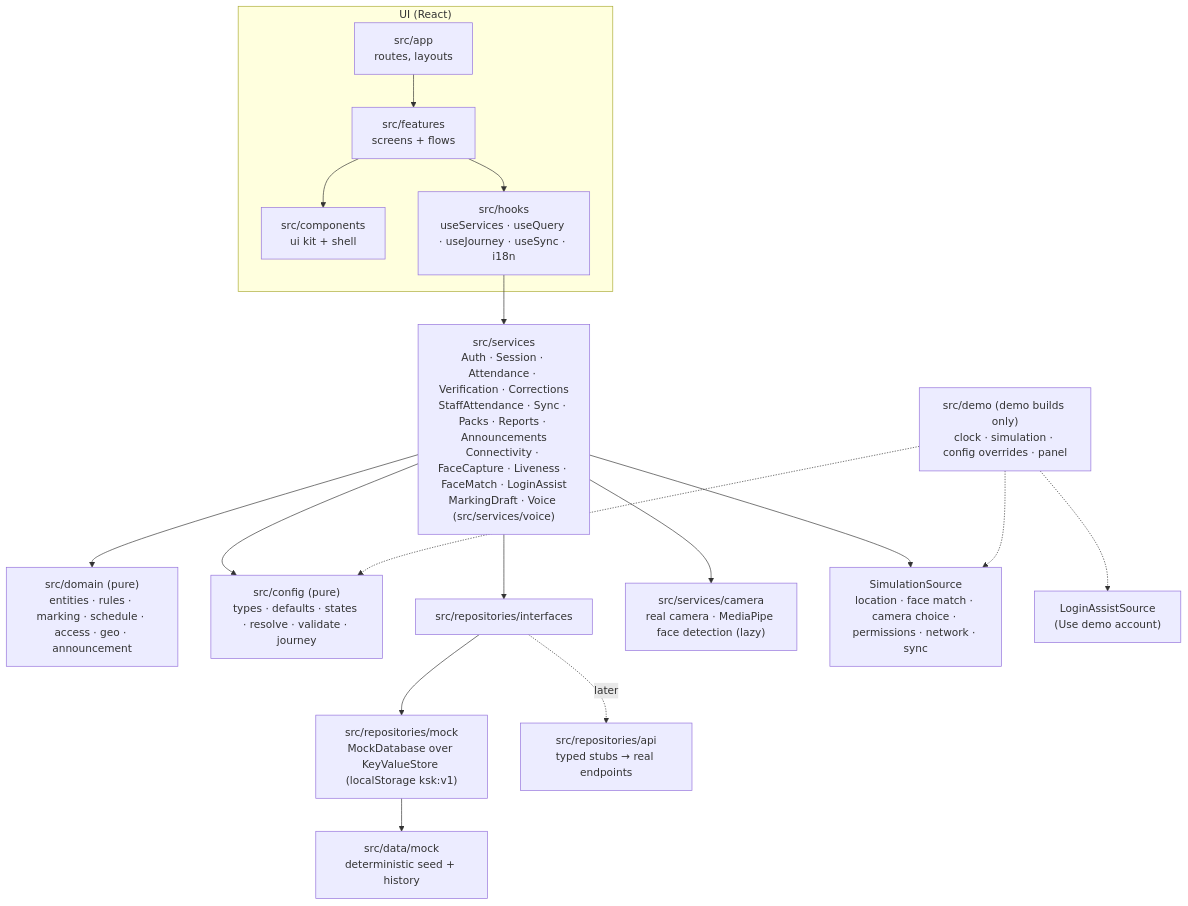
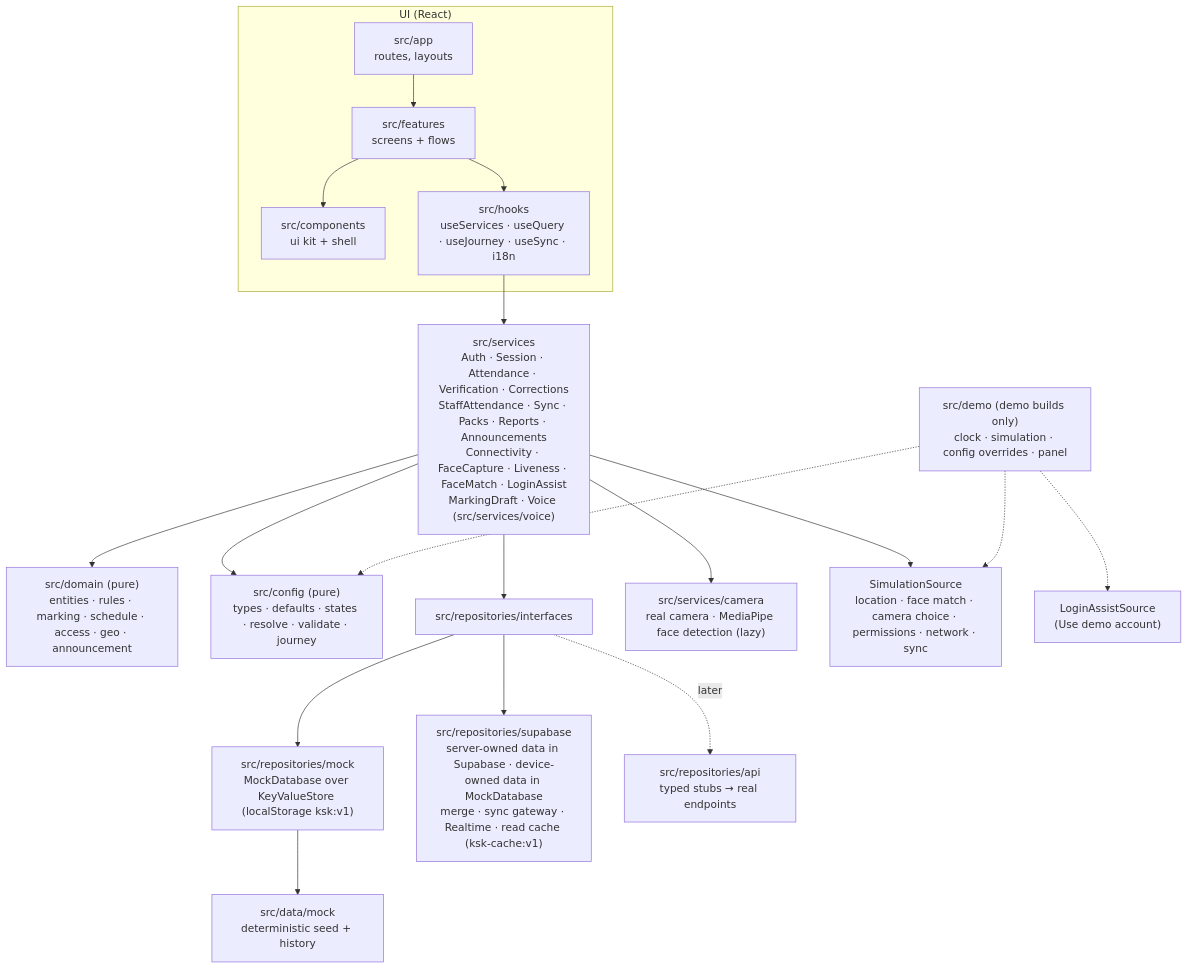
One commit to repo-sumit/KSK-Attenance-Agent changed the first of 6 diagrams in docs/ARCHITECTURE.md. Above: the diagram before and after it, drawn with Mermaid. The commit also changed other lines of this file and 226 other files, not shown here.

````diff
--- a/docs/ARCHITECTURE.md
+++ b/docs/ARCHITECTURE.md
@@ -7,20 +7,21 @@
 ```mermaid
 flowchart TD
   subgraph UI["UI (React)"]
     APP["src/app<br/>routes, layouts"] --> FEAT["src/features<br/>screens + flows"]
     FEAT --> KIT["src/components<br/>ui kit + shell"]
     FEAT --> HOOKS["src/hooks<br/>useServices · useQuery · useJourney · useSync · i18n"]
   end
   HOOKS --> SVC["src/services<br/>Auth · Session · Attendance · Verification · Corrections<br/>StaffAttendance · Sync · Packs · Reports · Announcements<br/>Connectivity · FaceCapture · Liveness · FaceMatch · LoginAssist<br/>MarkingDraft · Voice (src/services/voice)"]
   SVC --> DOM["src/domain (pure)<br/>entities · rules · marking · schedule · access · geo · announcement"]
   SVC --> CFG["src/config (pure)<br/>types · defaults · states · resolve · validate · journey"]
   SVC --> RI["src/repositories/interfaces"]
   RI --> MOCK["src/repositories/mock<br/>MockDatabase over KeyValueStore (localStorage ksk:v1)"]
+  RI --> SUPA["src/repositories/supabase<br/>server-owned data in Supabase · device-owned data in MockDatabase<br/>merge · sync gateway · Realtime · read cache (ksk-cache:v1)"]
   RI -. later .-> API["src/repositories/api<br/>typed stubs → real endpoints"]
   MOCK --> DATA["src/data/mock<br/>deterministic seed + history"]
   SVC --> CAM["src/services/camera<br/>real camera · MediaPipe face detection (lazy)"]
   SVC --> SIM["SimulationSource<br/>location · face match · camera choice · permissions · network · sync"]
   DEMO["src/demo (demo builds only)<br/>clock · simulation · config overrides · panel"] -.-> SIM
   DEMO -.-> CFG
   DEMO -.-> LA["LoginAssistSource<br/>(Use demo account)"]
 ```
````
